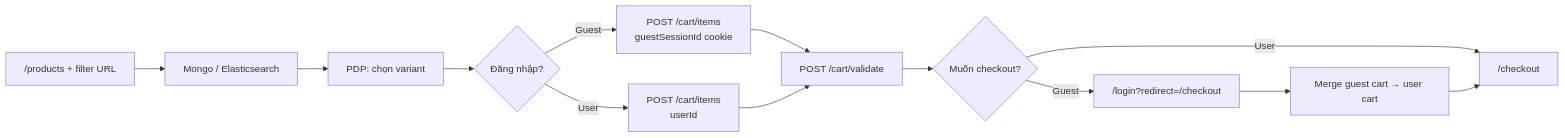
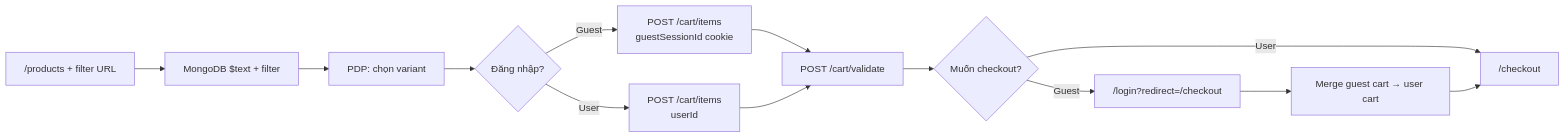
Before and after one commit to trantuanhung1209/sole_ecommerce: the third of 18 diagrams in docs/FUNCTIONAL_FLOWS.md, drawn with Mermaid. The commit also changed 31 other files, not shown here.

First line of the commit message:
refactor(search): remove Elasticsearch and use MongoDB full-text search

````diff
--- a/docs/FUNCTIONAL_FLOWS.md
+++ b/docs/FUNCTIONAL_FLOWS.md
@@ -115,15 +115,15 @@
 ```mermaid
 flowchart LR
-  A["/products + filter URL"] --> B["Mongo / Elasticsearch"]
+  A["/products + filter URL"] --> B["MongoDB $text + filter"]
   B --> C["PDP: chọn variant"]
   C --> D{"Đăng nhập?"}
   D -->|Guest| E["POST /cart/items<br/>guestSessionId cookie"]
   D -->|User| F["POST /cart/items<br/>userId"]
   E --> G["POST /cart/validate"]
   F --> G
   G --> H{"Muốn checkout?"}
   H -->|Guest| I["/login?redirect=/checkout"]
   I --> J["Merge guest cart → user cart"]
   H -->|User| K["/checkout"]
   J --> K
 ```
````
